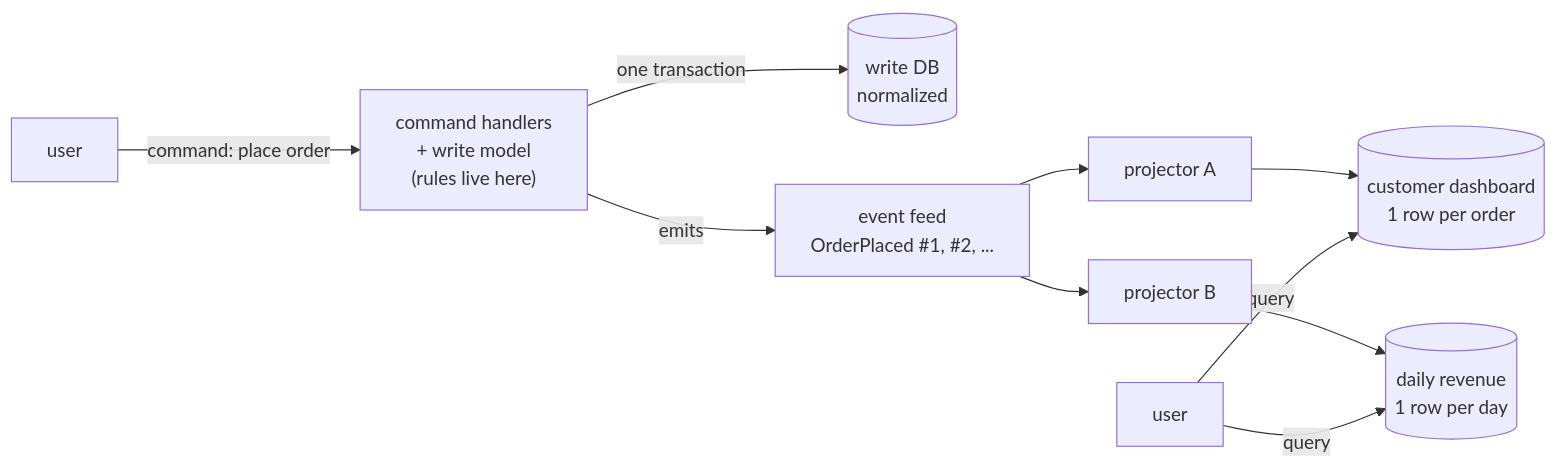
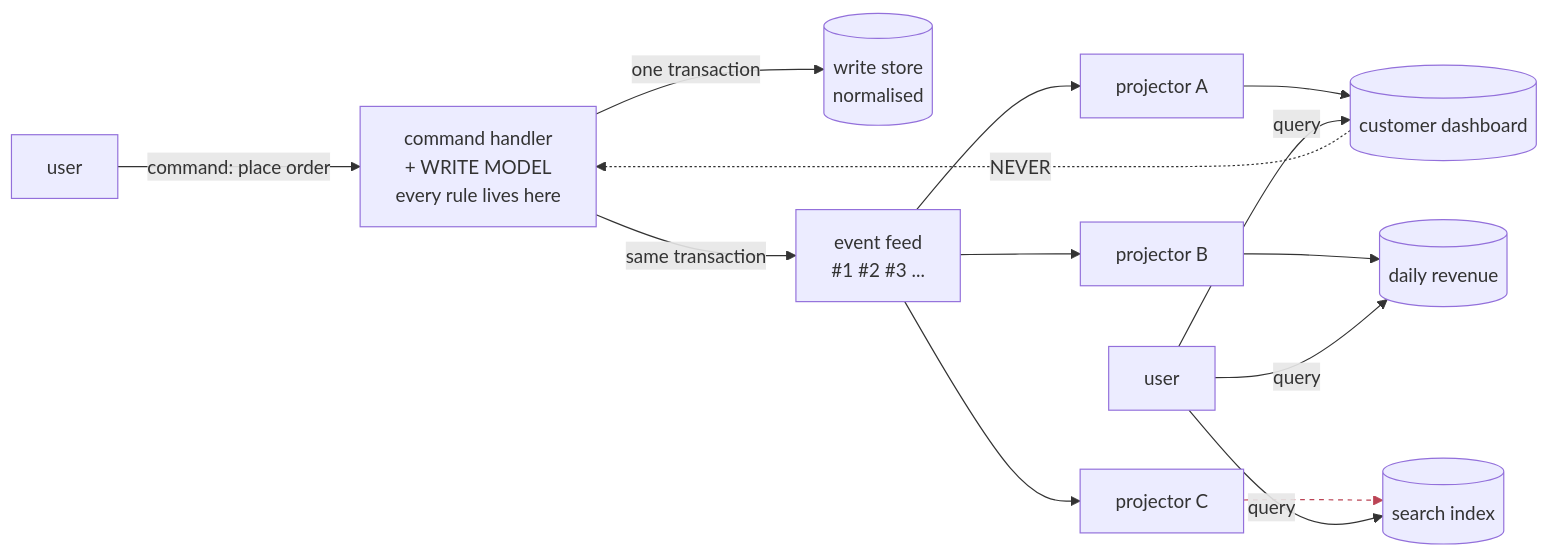
Before and after one commit to ravivarmachaluvadi/Learning: the first of 2 diagrams in cqrs/README.md, drawn with Mermaid. The commit also changed other lines of this file and 26 other files, not shown here.

````diff
--- a/cqrs/README.md
+++ b/cqrs/README.md
@@ -112,10 +390,14 @@
 ```mermaid
 flowchart LR
-    U["user"] -->|"command: place order"| C["command handlers<br/>+ write model<br/>(rules live here)"]
-    C -->|"one transaction"| WDB[("write DB<br/>normalized")]
-    C -->|"emits"| E["event feed<br/>OrderPlaced #1, #2, ..."]
-    E --> P1["projector A"] --> R1[("customer dashboard<br/>1 row per order")]
-    E --> P2["projector B"] --> R2[("daily revenue<br/>1 row per day")]
+    U["user"] -->|"command: place order"| C["command handler<br/>+ WRITE MODEL<br/>every rule lives here"]
+    C -->|"one transaction"| WDB[("write store<br/>normalised")]
+    C -->|"same transaction"| E["event feed<br/>#1 #2 #3 ..."]
+    E --> P1["projector A"] --> R1[("customer dashboard")]
+    E --> P2["projector B"] --> R2[("daily revenue")]
+    E --> P3["projector C"] --> R3[("search index")]
     U2["user"] -->|"query"| R1
     U2 -->|"query"| R2
+    U2 -->|"query"| R3
+    R1 -. "NEVER" .-> C
+    linkStyle 8 stroke:#b45,stroke-dasharray:4 4
 ```
````
